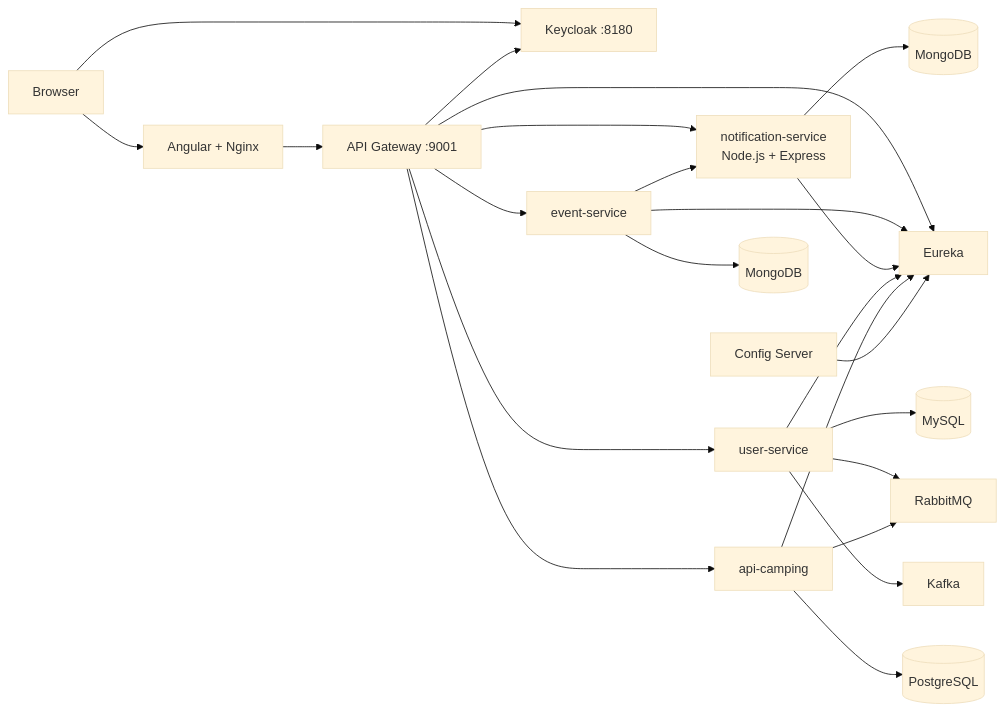
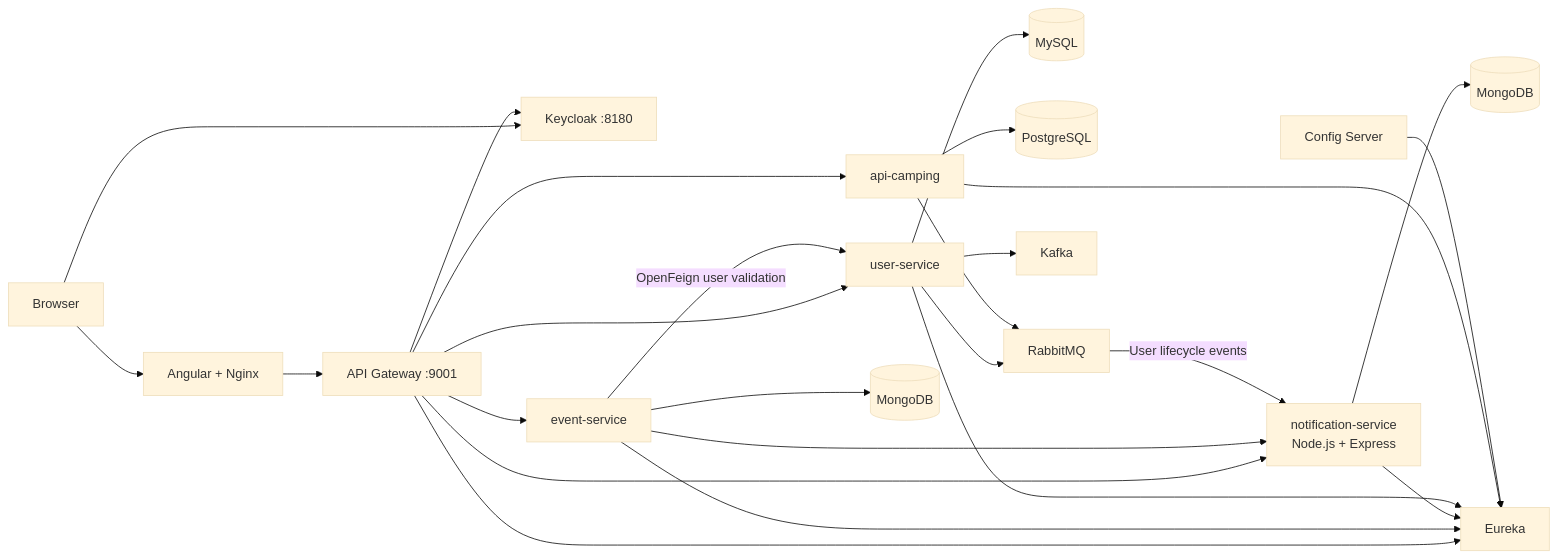
Before and after one commit to leaderscampconnect/campconnect-deployment: the diagram in README.md, drawn with Mermaid (base theme). The commit also changed other lines of this file and 3 other files, not shown here.

````diff
--- a/README.md
+++ b/README.md
@@ -9,25 +9,27 @@
 ```mermaid
 flowchart LR
     Browser --> Frontend[Angular + Nginx]
     Frontend --> Gateway[API Gateway :9001]
     Browser --> Keycloak[Keycloak :8180]
     Gateway --> Keycloak
     Gateway --> Events[event-service]
     Gateway --> Notifications[notification-service<br/>Node.js + Express]
     Gateway --> Users[user-service]
     Gateway --> Camping[api-camping]
     Events --> Notifications
+    Events -- OpenFeign user validation --> Users
     Events --> EventMongo[(MongoDB)]
     Notifications --> NotificationMongo[(MongoDB)]
     Users --> MySQL[(MySQL)]
     Camping --> Postgres[(PostgreSQL)]
     Users --> RabbitMQ
+    RabbitMQ -- User lifecycle events --> Notifications
     Camping --> RabbitMQ
     Users --> Kafka
     Gateway --> Eureka
     Events --> Eureka
     Notifications --> Eureka
     Users --> Eureka
     Camping --> Eureka
     Config[Config Server] --> Eureka
 ```
````
